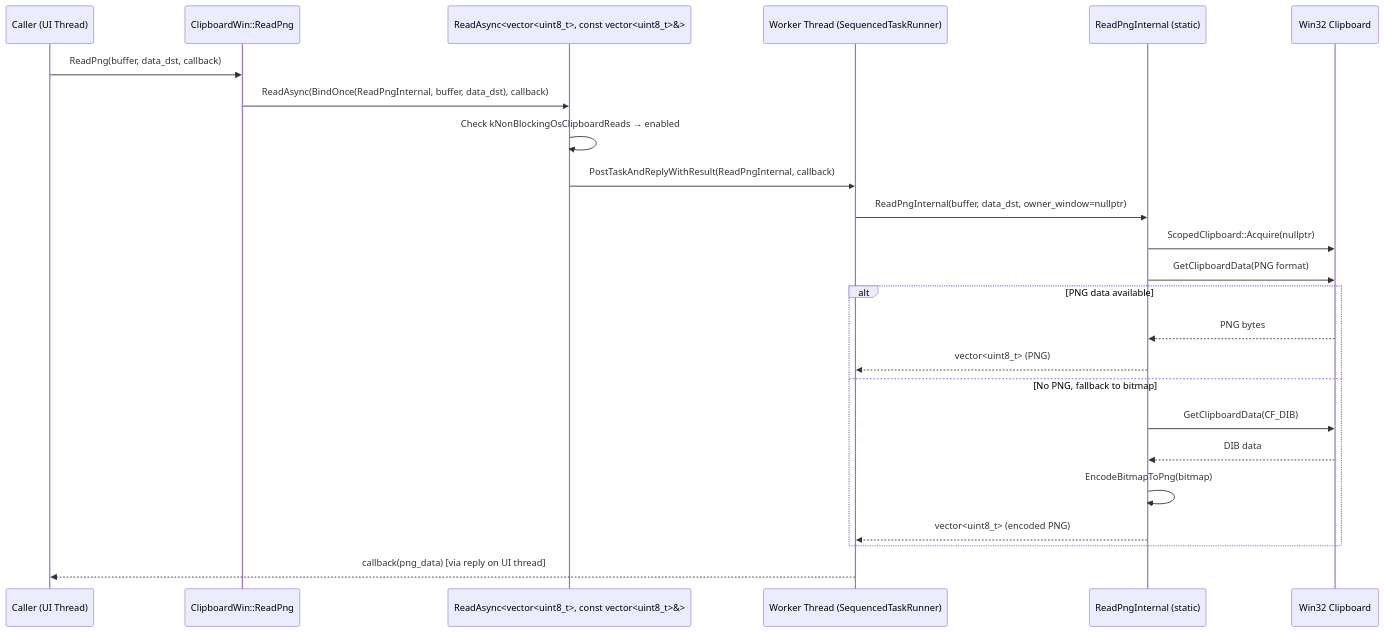
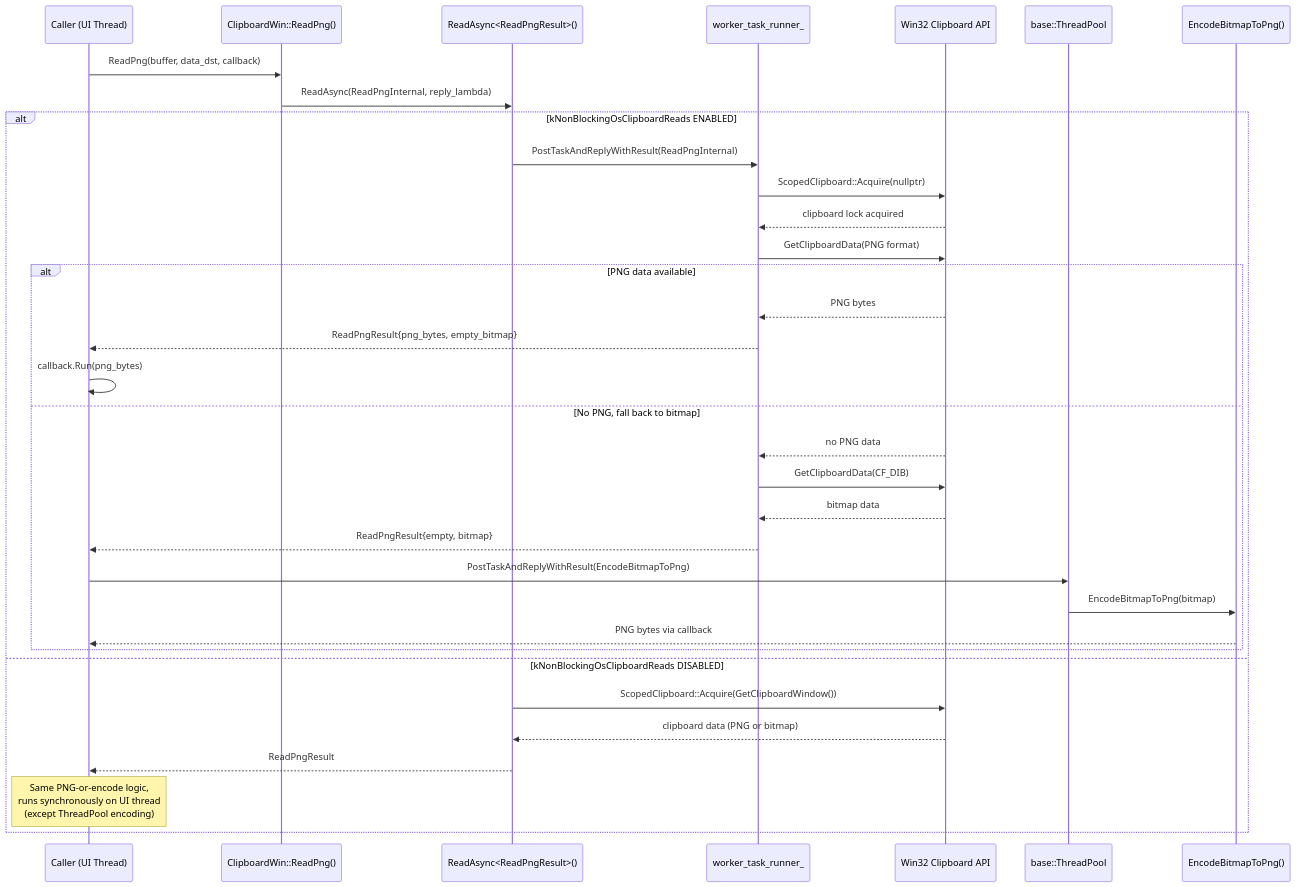
One commit to roraja/cr-llm-docs changed the second of 6 diagrams in fixes/cl-7578053-20260220/hld.md. Above: the diagram before and after it, drawn with Mermaid. The commit also changed other lines of this file, not shown here.

````diff
--- a/fixes/cl-7578053-20260220/hld.md
+++ b/fixes/cl-7578053-20260220/hld.md
@@ -100,27 +124,39 @@
 ```mermaid
 sequenceDiagram
     participant Caller as Caller (UI Thread)
-    participant CW as ClipboardWin::ReadPng
-    participant RA as ReadAsync<vector<uint8_t>, const vector<uint8_t>&>
-    participant Worker as Worker Thread (SequencedTaskRunner)
-    participant RI as ReadPngInternal (static)
-    participant OS as Win32 Clipboard
+    participant CW as ClipboardWin::ReadPng()
+    participant RA as ReadAsync<ReadPngResult>()
+    participant Worker as worker_task_runner_
+    participant OS as Win32 Clipboard API
+    participant TP as base::ThreadPool
+    participant Encode as EncodeBitmapToPng()
 
     Caller->>CW: ReadPng(buffer, data_dst, callback)
-    CW->>RA: ReadAsync(BindOnce(ReadPngInternal, buffer, data_dst), callback)
-    RA->>RA: Check kNonBlockingOsClipboardReads → enabled
-    RA->>Worker: PostTaskAndReplyWithResult(ReadPngInternal, callback)
-    Worker->>RI: ReadPngInternal(buffer, data_dst, owner_window=nullptr)
-    RI->>OS: ScopedClipboard::Acquire(nullptr)
-    RI->>OS: GetClipboardData(PNG format)
-    alt PNG data available
-        OS-->>RI: PNG bytes
-        RI-->>Worker: vector<uint8_t> (PNG)
-    else No PNG, fallback to bitmap
-        RI->>OS: GetClipboardData(CF_DIB)
-        OS-->>RI: DIB data
-        RI->>RI: EncodeBitmapToPng(bitmap)
-        RI-->>Worker: vector<uint8_t> (encoded PNG)
+    CW->>RA: ReadAsync(ReadPngInternal, reply_lambda)
+
+    alt kNonBlockingOsClipboardReads ENABLED
+        RA->>Worker: PostTaskAndReplyWithResult(ReadPngInternal)
+        Worker->>OS: ScopedClipboard::Acquire(nullptr)
+        OS-->>Worker: clipboard lock acquired
+        Worker->>OS: GetClipboardData(PNG format)
+        
+        alt PNG data available
+            OS-->>Worker: PNG bytes
+            Worker-->>Caller: ReadPngResult{png_bytes, empty_bitmap}
+            Caller->>Caller: callback.Run(png_bytes)
+        else No PNG, fall back to bitmap
+            OS-->>Worker: no PNG data
+            Worker->>OS: GetClipboardData(CF_DIB)
+            OS-->>Worker: bitmap data
+            Worker-->>Caller: ReadPngResult{empty, bitmap}
+            Caller->>TP: PostTaskAndReplyWithResult(EncodeBitmapToPng)
+            TP->>Encode: EncodeBitmapToPng(bitmap)
+            Encode-->>Caller: PNG bytes via callback
+        end
+    else kNonBlockingOsClipboardReads DISABLED
+        RA->>OS: ScopedClipboard::Acquire(GetClipboardWindow())
+        OS-->>RA: clipboard data (PNG or bitmap)
+        RA-->>Caller: ReadPngResult
+        Note over Caller: Same PNG-or-encode logic,<br/>runs synchronously on UI thread<br/>(except ThreadPool encoding)
     end
-    Worker-->>Caller: callback(png_data) [via reply on UI thread]
 ```
````
